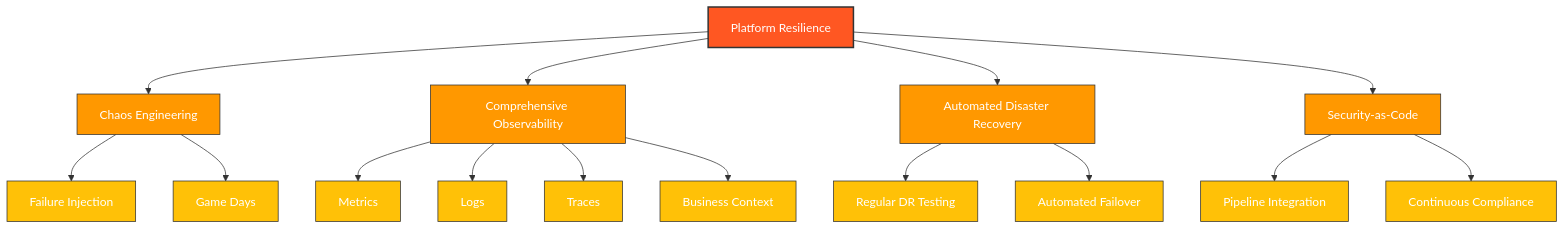
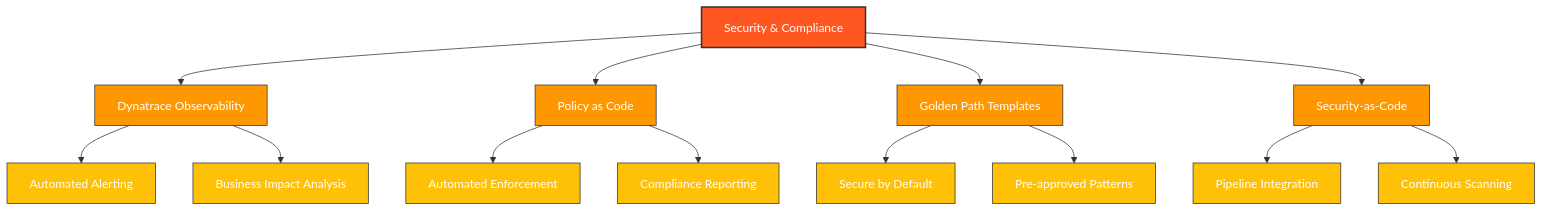
The third of 5 diagrams in notes.md (mrCDray/my-testing-repo), drawn with Mermaid before and after one commit. The commit also changed other lines of this file, not shown here.

````diff
--- a/notes.md
+++ b/notes.md
@@ -122,37 +134,33 @@
 ```mermaid
 graph TD
-    A[Platform Resilience] --> B[Chaos Engineering]
-    A --> C[Comprehensive Observability]
-    A --> D[Automated Disaster Recovery]
+    A[Security & Compliance] --> B[Dynatrace Observability]
+    A --> C[Policy as Code]
+    A --> D[Golden Path Templates]
     A --> E[Security-as-Code]
     
-    B --> F[Failure Injection]
-    B --> G[Game Days]
+    B --> F[Automated Alerting]
+    B --> G[Business Impact Analysis]
     
-    C --> H[Metrics]
-    C --> I[Logs]
-    C --> J[Traces]
-    C --> K[Business Context]
+    C --> H[Automated Enforcement]
+    C --> I[Compliance Reporting]
     
-    D --> L[Regular DR Testing]
-    D --> M[Automated Failover]
+    D --> J[Secure by Default]
+    D --> K[Pre-approved Patterns]
     
-    E --> N[Pipeline Integration]
-    E --> O[Continuous Compliance]
+    E --> L[Pipeline Integration]
+    E --> M[Continuous Scanning]
     
     style A fill:#FF5722,stroke:#333,stroke-width:2px,color:white
     style B fill:#FF9800,stroke:#333,stroke-width:1px,color:white
     style C fill:#FF9800,stroke:#333,stroke-width:1px,color:white
     style D fill:#FF9800,stroke:#333,stroke-width:1px,color:white
     style E fill:#FF9800,stroke:#333,stroke-width:1px,color:white
     style F fill:#FFC107,stroke:#333,stroke-width:1px,color:white
     style G fill:#FFC107,stroke:#333,stroke-width:1px,color:white
     style H fill:#FFC107,stroke:#333,stroke-width:1px,color:white
     style I fill:#FFC107,stroke:#333,stroke-width:1px,color:white
     style J fill:#FFC107,stroke:#333,stroke-width:1px,color:white
     style K fill:#FFC107,stroke:#333,stroke-width:1px,color:white
     style L fill:#FFC107,stroke:#333,stroke-width:1px,color:white
     style M fill:#FFC107,stroke:#333,stroke-width:1px,color:white
-    style N fill:#FFC107,stroke:#333,stroke-width:1px,color:white
-    style O fill:#FFC107,stroke:#333,stroke-width:1px,color:white
 ```
````
